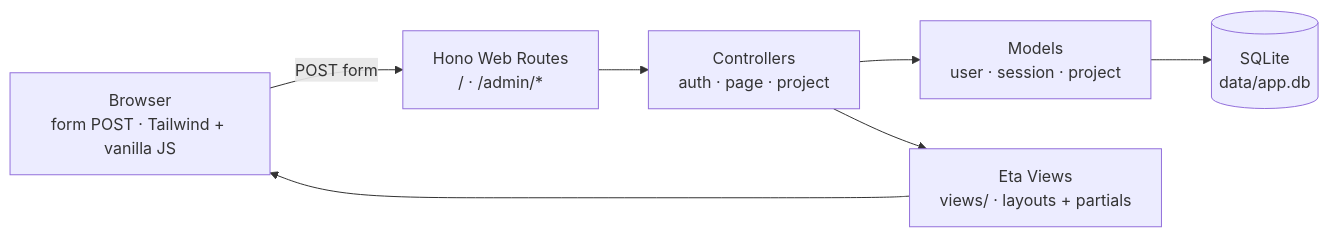
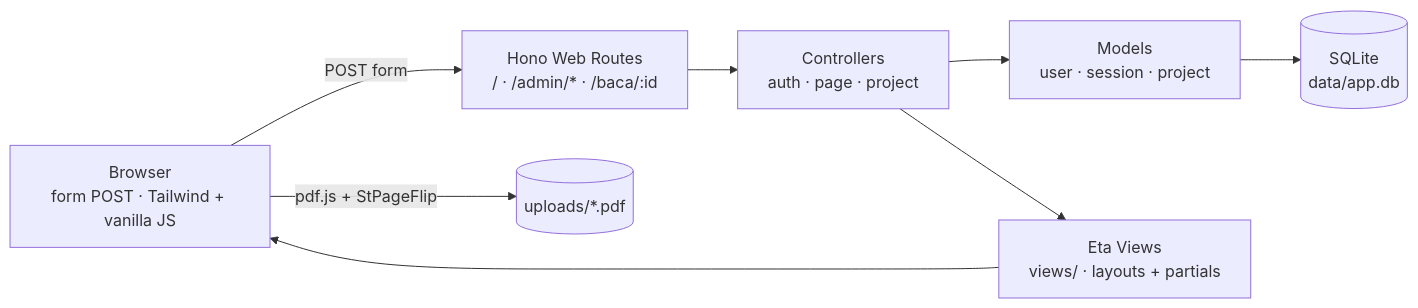
Before and after one commit to ccit-venture/dider: the diagram in README.md, drawn with Mermaid. The commit also changed other lines of this file and 19 other files, not shown here.

````diff
--- a/README.md
+++ b/README.md
@@ -25,16 +26,18 @@
 ```mermaid
 flowchart LR
     Browser["Browser<br/>form POST · Tailwind + vanilla JS"]
-    Web["Hono Web Routes<br/>/ · /admin/*"]
+    Web["Hono Web Routes<br/>/ · /admin/* · /baca/:id"]
     Ctrl["Controllers<br/>auth · page · project"]
     Model["Models<br/>user · session · project"]
     View["Eta Views<br/>views/ · layouts + partials"]
     DB[("SQLite<br/>data/app.db")]
+    PDF[("uploads/*.pdf")]
 
     Browser -->|POST form| Web
     Web --> Ctrl
     Ctrl --> Model
     Model --> DB
     Ctrl --> View
     View --> Browser
+    Browser -->|"pdf.js + StPageFlip"| PDF
 ```
````
